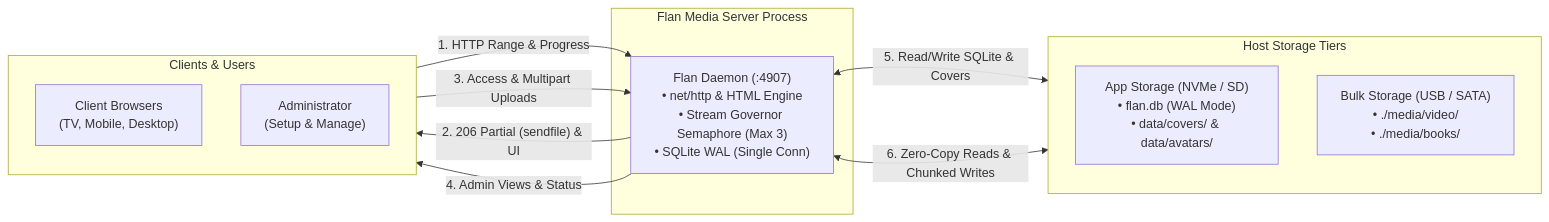
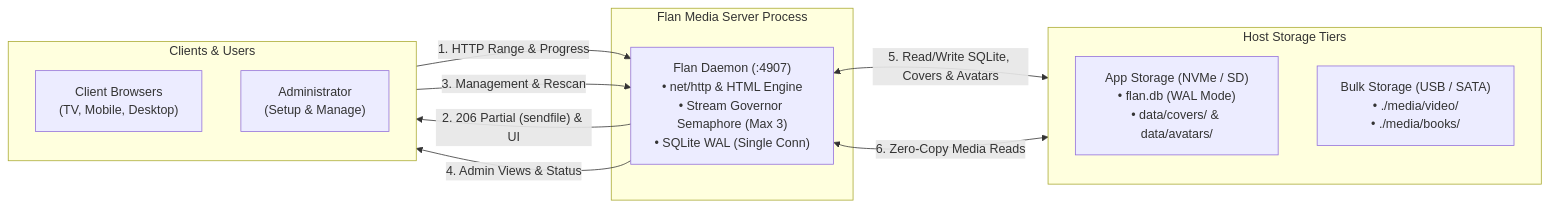
One commit to WesleyEsq/Flan-Media-Server changed the first of 6 diagrams in docs/diagrams/data-flow.md. Above: the diagram before and after it, drawn with Mermaid. The commit also changed other lines of this file and 15 other files, not shown here.

````diff
--- a/docs/diagrams/data-flow.md
+++ b/docs/diagrams/data-flow.md
@@ -11,25 +11,25 @@
 ```mermaid
 flowchart LR
     subgraph Clients["Clients & Users"]
         direction TB
         Browser["Client Browsers<br/>(TV, Mobile, Desktop)"]
         Admin["Administrator<br/>(Setup & Manage)"]
     end
 
     subgraph Core["Flan Media Server Process"]
         Daemon["Flan Daemon (:4907)<br/>• net/http & HTML Engine<br/>• Stream Governor Semaphore (Max 3)<br/>• SQLite WAL (Single Conn)"]
     end
 
     subgraph Storage["Host Storage Tiers"]
         direction TB
         AppData["App Storage (NVMe / SD)<br/>• flan.db (WAL Mode)<br/>• data/covers/ & data/avatars/"]
         BulkMedia["Bulk Storage (USB / SATA)<br/>• ./media/video/<br/>• ./media/books/"]
     end
 
     Browser -->|"1. HTTP Range & Progress"| Daemon
     Daemon -->|"2. 206 Partial (sendfile) & UI"| Browser
-    Admin -->|"3. Access & Multipart Uploads"| Daemon
+    Admin -->|"3. Management & Rescan"| Daemon
     Daemon -->|"4. Admin Views & Status"| Admin
-    Daemon <-->|"5. Read/Write SQLite & Covers"| AppData
-    Daemon <-->|"6. Zero-Copy Reads & Chunked Writes"| BulkMedia
+    Daemon <-->|"5. Read/Write SQLite, Covers & Avatars"| AppData
+    Daemon <-->|"6. Zero-Copy Media Reads"| BulkMedia
 ```
````
